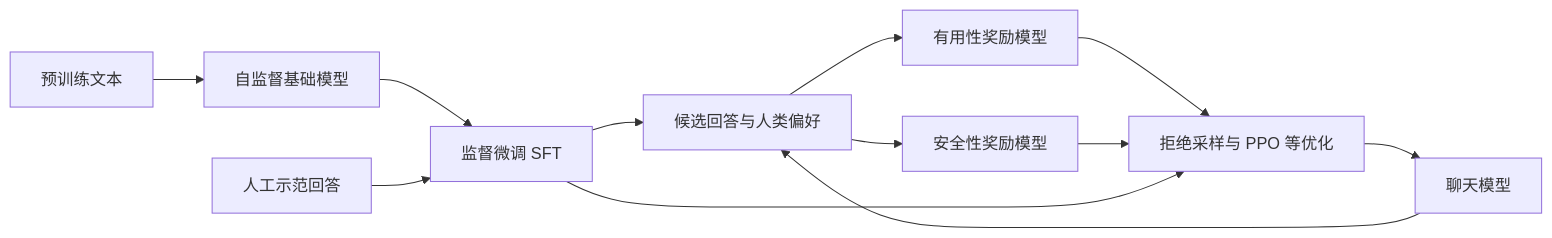
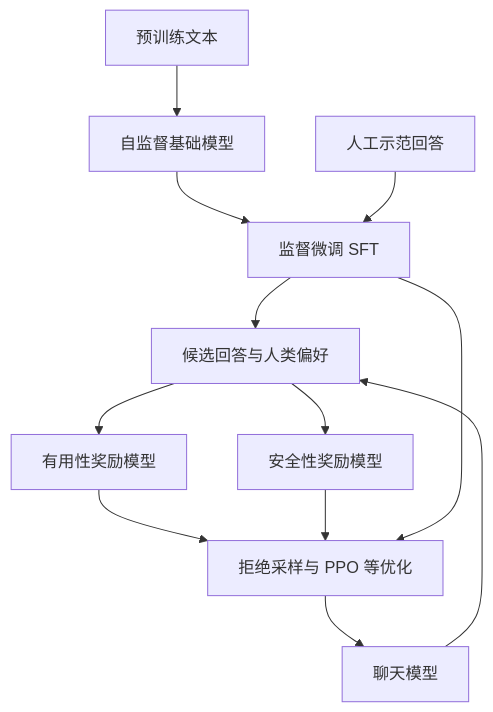
One commit to insomniapku/multimodal-learning-notes changed the diagram in chapters/08-视觉Transformer与基础语言模型.md. Above: the diagram before and after it, drawn with Mermaid. The commit also changed 1 other file, not shown here.

Commit message:
Improve flowchart readability in new chapters

````diff
--- a/chapters/08-视觉Transformer与基础语言模型.md
+++ b/chapters/08-视觉Transformer与基础语言模型.md
@@ -347,14 +347,14 @@
 ```mermaid
-flowchart LR
+flowchart TB
   D[预训练文本] --> B[自监督基础模型]
   B --> S[监督微调 SFT]
   H[人工示范回答] --> S
   S --> R[候选回答与人类偏好]
   R --> RH[有用性奖励模型]
   R --> RS[安全性奖励模型]
   RH --> A[拒绝采样与 PPO 等优化]
   RS --> A
   S --> A
   A --> C[聊天模型]
   C --> R
 ```
````
